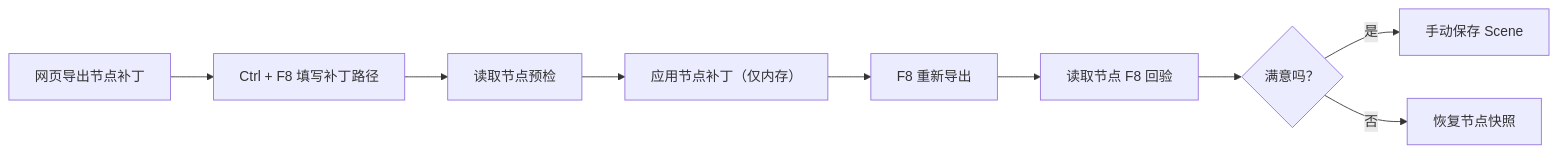
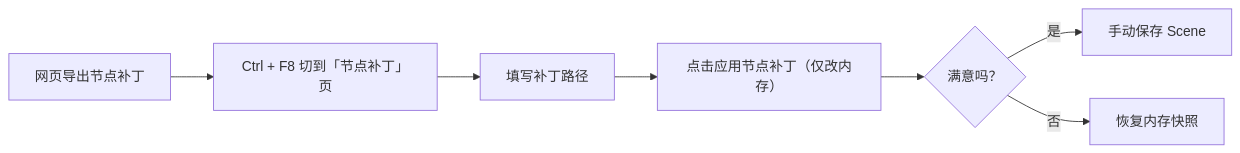
One commit to invatespec/EmotionCreators-plugins changed the second of 2 diagrams in EC_SceneAudit/Readme-deepseek-v4.1-flash.md. Above: the diagram before and after it, drawn with Mermaid. The commit also changed other lines of this file and 45 other files, not shown here.

````diff
--- a/EC_SceneAudit/Readme-deepseek-v4.1-flash.md
+++ b/EC_SceneAudit/Readme-deepseek-v4.1-flash.md
@@ -174,11 +132,9 @@
 ```mermaid
 flowchart LR
-    A["网页导出节点补丁"] --> B["Ctrl + F8 填写补丁路径"]
-    B --> C["读取节点预检"]
-    C --> D["应用节点补丁（仅内存）"]
-    D --> E["F8 重新导出"]
-    E --> F["读取节点 F8 回验"]
-    F --> G{"满意吗？"}
-    G -->|"是"| H["手动保存 Scene"]
-    G -->|"否"| I["恢复节点快照"]
+    A["网页导出节点补丁"] --> B["Ctrl + F8 切到「节点补丁」页"]
+    B --> C["填写补丁路径"]
+    C --> D["点击应用节点补丁（仅改内存）"]
+    D --> E{"满意吗？"}
+    E -->|"是"| F["手动保存 Scene"]
+    E -->|"否"| G["恢复内存快照"]
 ```
````
